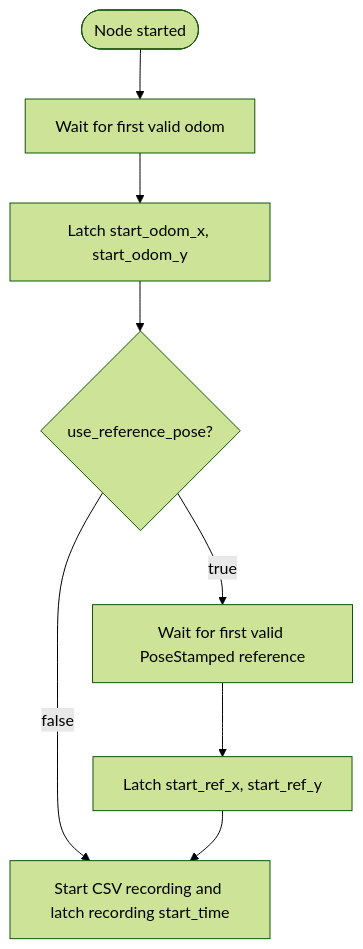
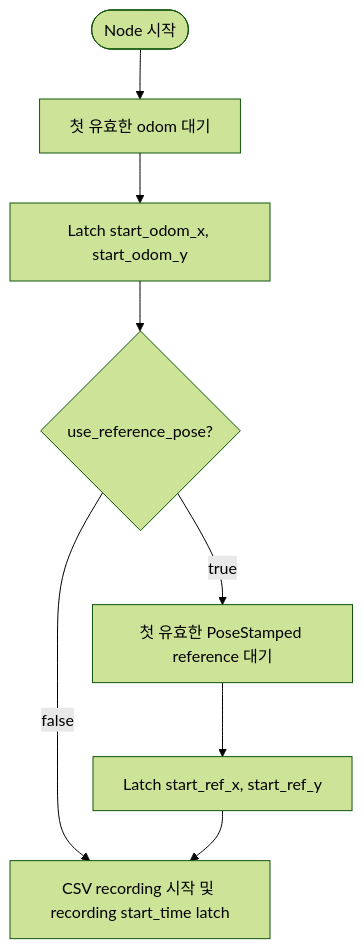
Before and after one commit to grade-e/odometry-calibrator: the fifth of 7 diagrams in src/odometry_calibrator/docs/usage_and_architecture.md, drawn with Mermaid (forest theme). The commit also changed other lines of this file and 2 other files, not shown here.

````diff
--- a/src/odometry_calibrator/docs/usage_and_architecture.md
+++ b/src/odometry_calibrator/docs/usage_and_architecture.md
@@ -265,14 +265,14 @@
 ```mermaid
 flowchart TD
-    Start([Node started])
-    WaitOdom[Wait for first valid odom]
+    Start([Node 시작])
+    WaitOdom[첫 유효한 odom 대기]
     LatchOdom[Latch start_odom_x, start_odom_y]
     UseRef{use_reference_pose?}
-    WaitRef[Wait for first valid PoseStamped reference]
+    WaitRef[첫 유효한 PoseStamped reference 대기]
     LatchRef[Latch start_ref_x, start_ref_y]
-    Record[Start CSV recording and latch recording start_time]
+    Record[CSV recording 시작 및 recording start_time latch]
 
     Start --> WaitOdom --> LatchOdom --> UseRef
     UseRef -->|false| Record
     UseRef -->|true| WaitRef --> LatchRef --> Record
 ```
````
